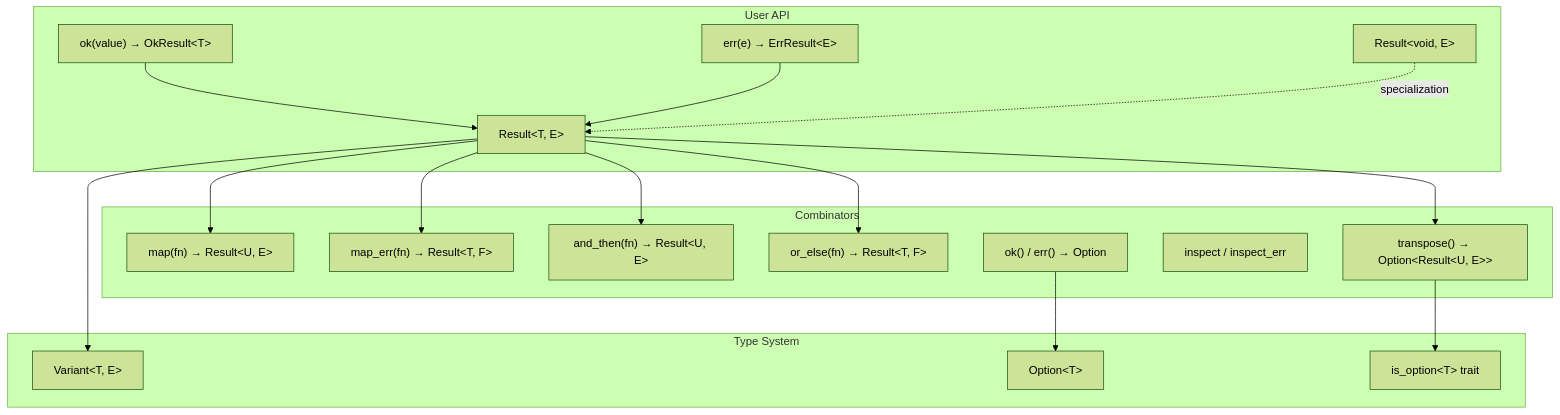
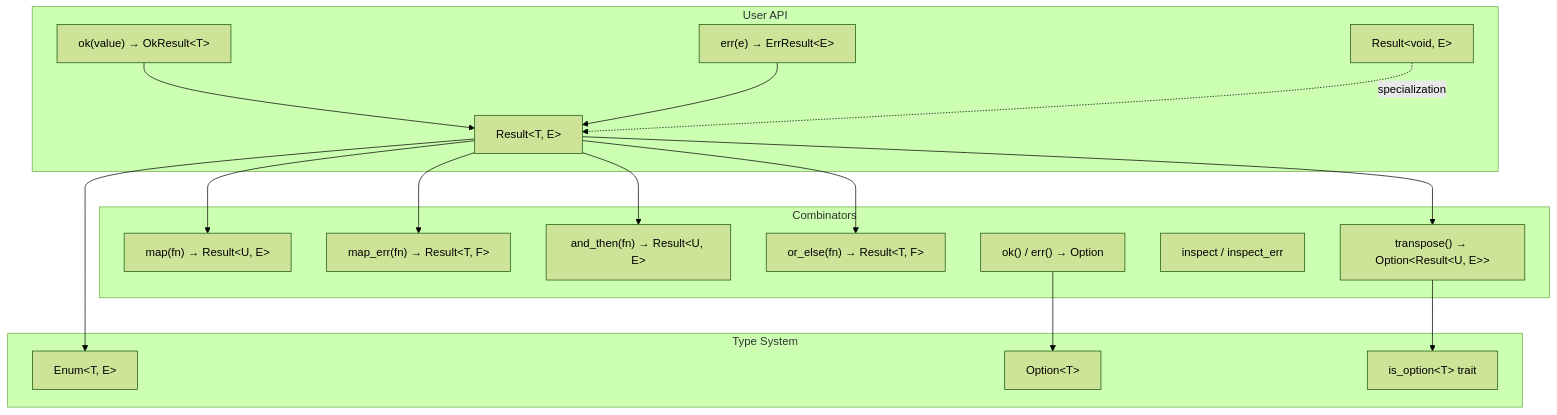
The diagram in docs/libxpp/result.md (mivinci/x), drawn with Mermaid (forest theme) before and after one commit. The commit also changed other lines of this file and 12 other files, not shown here.

First line of the commit message:
refactor(xpp): rename Variant to Enum

````diff
--- a/docs/libxpp/result.md
+++ b/docs/libxpp/result.md
@@ -25,37 +25,37 @@
 ```mermaid
 graph TD
     subgraph "User API"
         OK["ok(value) → OkResult&lt;T&gt;"]
         ERR["err(e) → ErrResult&lt;E&gt;"]
         RESULT["Result&lt;T, E&gt;"]
         VOID_R["Result&lt;void, E&gt;"]
     end
 
     subgraph "Type System"
-        VARIANT["Variant&lt;T, E&gt;"]
+        ENUM["Enum&lt;T, E&gt;"]
         OPTION["Option&lt;T&gt;"]
         IS_OPT["is_option&lt;T&gt; trait"]
     end
 
     subgraph "Combinators"
         MAP["map(fn) → Result&lt;U, E&gt;"]
         MAP_ERR["map_err(fn) → Result&lt;T, F&gt;"]
         AND_THEN["and_then(fn) → Result&lt;U, E&gt;"]
         OR_ELSE["or_else(fn) → Result&lt;T, F&gt;"]
         TRANSPOSE["transpose() → Option&lt;Result&lt;U, E&gt;&gt;"]
         INSPECT["inspect / inspect_err"]
         OK_OR["ok() / err() → Option"]
     end
 
     OK --> RESULT
     ERR --> RESULT
-    RESULT --> VARIANT
+    RESULT --> ENUM
     RESULT --> MAP
     RESULT --> MAP_ERR
     RESULT --> AND_THEN
     RESULT --> OR_ELSE
     RESULT --> TRANSPOSE
     TRANSPOSE --> IS_OPT
     OK_OR --> OPTION
     VOID_R -.->|specialization| RESULT
 ```
````
